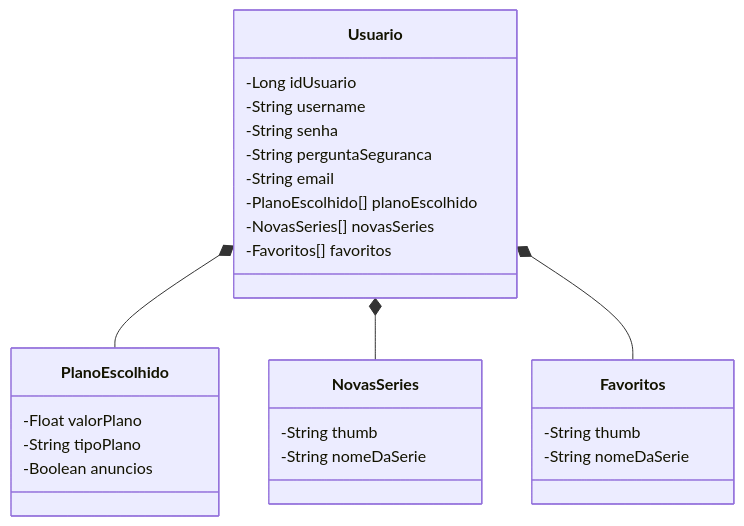
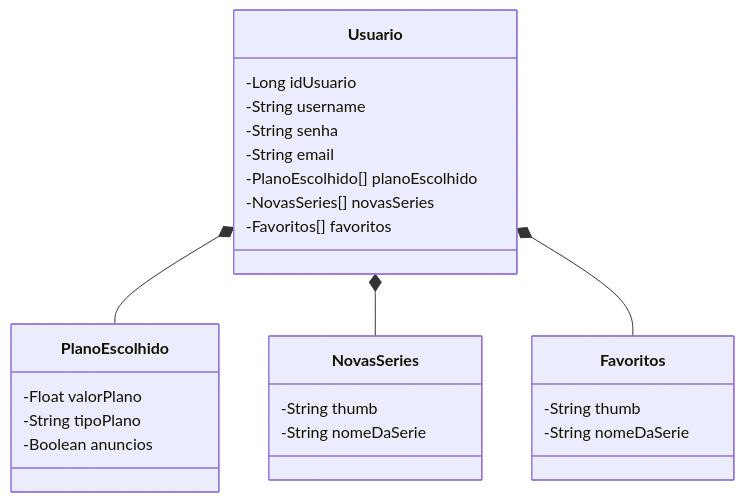
The diagram in desafio2/README.md (dev-lfelipe/bootcamp-santander-java), drawn with Mermaid before and after one commit.

````diff
--- a/desafio2/README.md
+++ b/desafio2/README.md
@@ -5,33 +5,32 @@
 ``` mermaid
 classDiagram
   class Usuario {
     -Long idUsuario
     -String username
     -String senha
-    -String perguntaSeguranca
     -String email
     -PlanoEscolhido[] planoEscolhido
     -NovasSeries[] novasSeries
     -Favoritos[] favoritos
   }
 
   class PlanoEscolhido {
     -Float valorPlano
     -String tipoPlano
     -Boolean anuncios
   }
 
   class NovasSeries {
     -String thumb
     -String nomeDaSerie
   }
 
   class Favoritos {
     -String thumb
     -String nomeDaSerie
   }
 
   Usuario *-- PlanoEscolhido
   Usuario *-- NovasSeries
   Usuario *-- Favoritos
 ```
````
